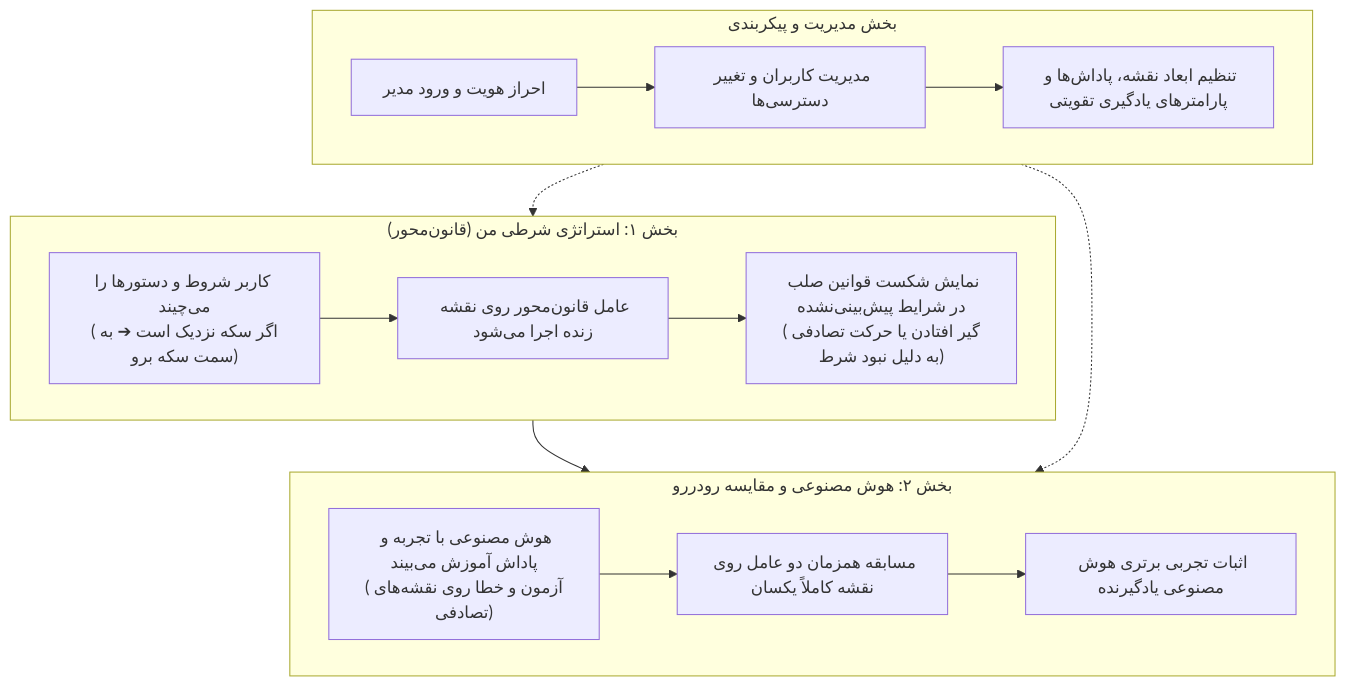
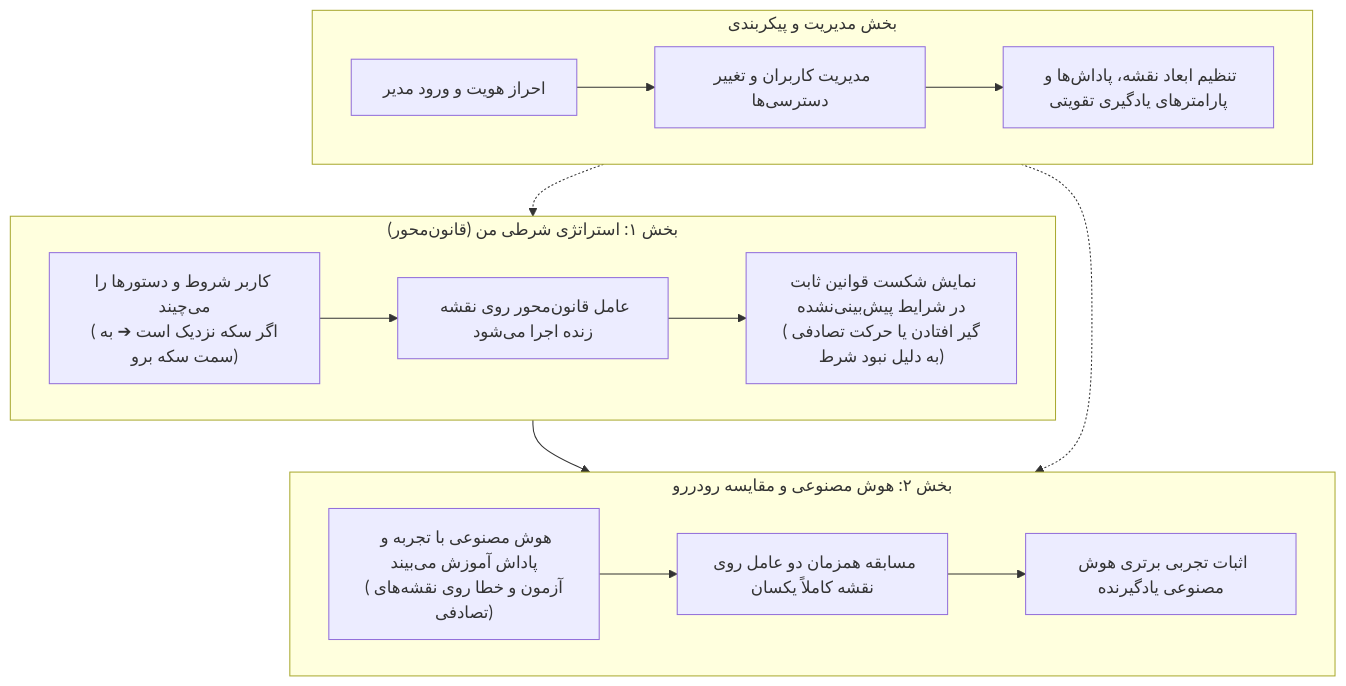
The diagram in README.md (Sorooshsatary/ai-game-rl), drawn with Mermaid before and after one commit. The commit also changed other lines of this file and 4 other files, not shown here.

````diff
--- a/README.md
+++ b/README.md
@@ -27,21 +27,21 @@
 ```mermaid
 graph TD
     subgraph Part1 ["بخش ۱: استراتژی شرطی من (قانون‌محور)"]
         A["کاربر شروط و دستورها را می‌چیند<br>(اگر سکه نزدیک است ➔ به سمت سکه برو)"] --> B["عامل قانون‌محور روی نقشه زنده اجرا می‌شود"]
-        B --> C["نمایش شکست قوانین صلب در شرایط پیش‌بینی‌نشده<br>(گیر افتادن یا حرکت تصادفی به دلیل نبود شرط)"]
+        B --> C["نمایش شکست قوانین ثابت در شرایط پیش‌بینی‌نشده<br>(گیر افتادن یا حرکت تصادفی به دلیل نبود شرط)"]
     end
 
     subgraph Part2 ["بخش ۲: هوش مصنوعی و مقایسه رو‌در‌رو"]
         D["هوش مصنوعی با تجربه و پاداش آموزش می‌بیند<br>(آزمون و خطا روی نقشه‌های تصادفی)"] --> E["مسابقه همزمان دو عامل روی نقشه کاملاً یکسان"]
         E --> F["اثبات تجربی برتری هوش مصنوعی یادگیرنده"]
     end
 
     subgraph Admin ["بخش مدیریت و پیکربندی"]
         G["احراز هویت و ورود مدیر"] --> H["مدیریت کاربران و تغییر دسترسی‌ها"]
         H --> I["تنظیم ابعاد نقشه، پاداش‌ها و پارامترهای یادگیری تقویتی"]
     end
 
     Part1 --> Part2
     Admin -.-> Part1
     Admin -.-> Part2
 ```
````
